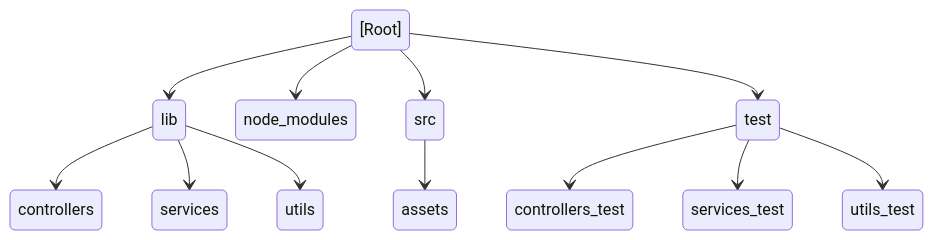
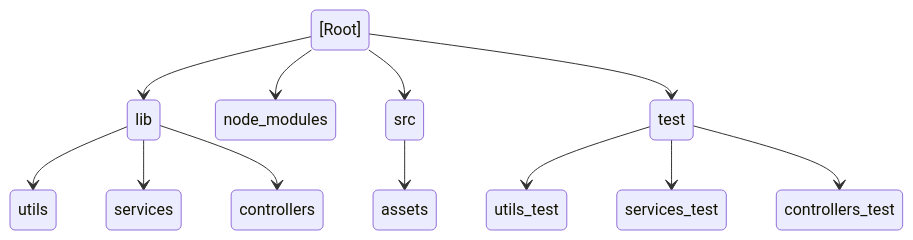
Before and after one commit to FernandoMoralesH/Hack_the_ocean: the diagram in README.md, drawn with Mermaid. The commit also changed other lines of this file, not shown here.

````diff
--- a/README.md
+++ b/README.md
@@ -72,14 +72,14 @@
 ```mermaid
 stateDiagram-v2
 [Root] --> lib
+lib --> utils
+lib --> services
 lib --> controllers
-lib --> services
-lib --> utils
 [Root] --> node_modules
 [Root] --> src
 src --> assets
 [Root] --> test
+test --> utils_test
+test -->services_test
 test --> controllers_test
-test -->services_test
-test --> utils_test
 ```
````
